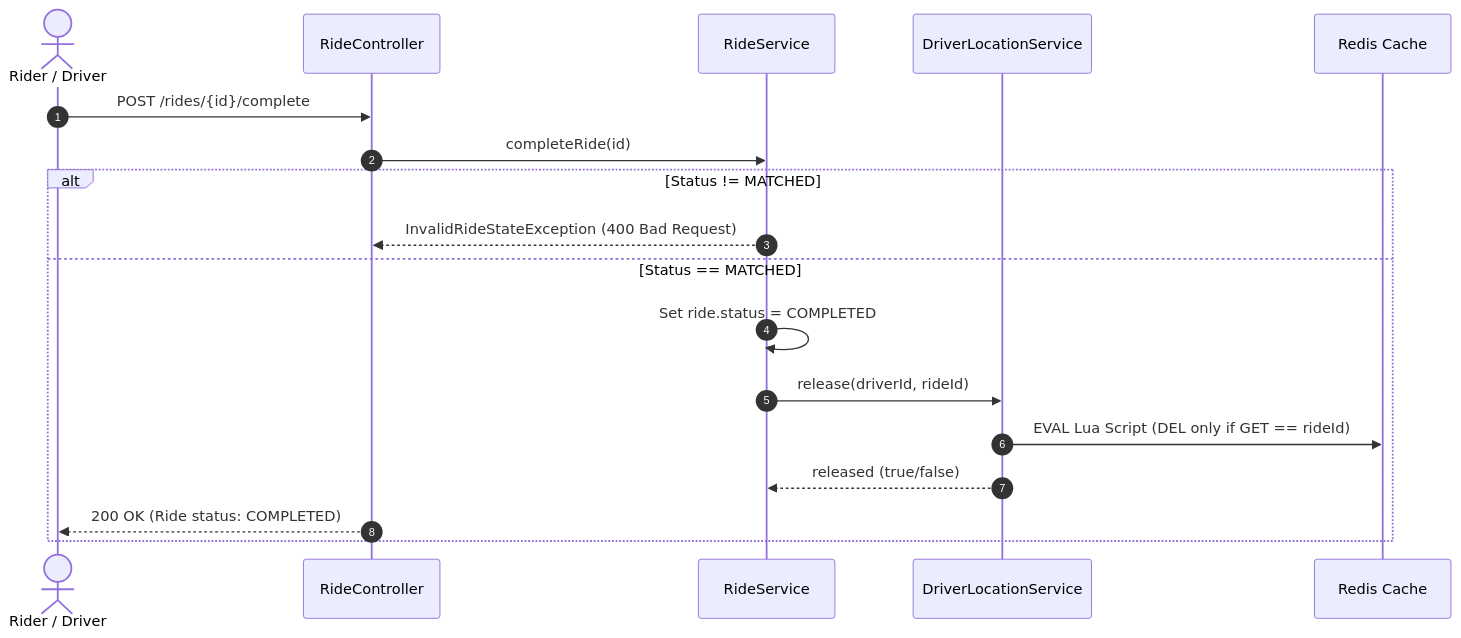
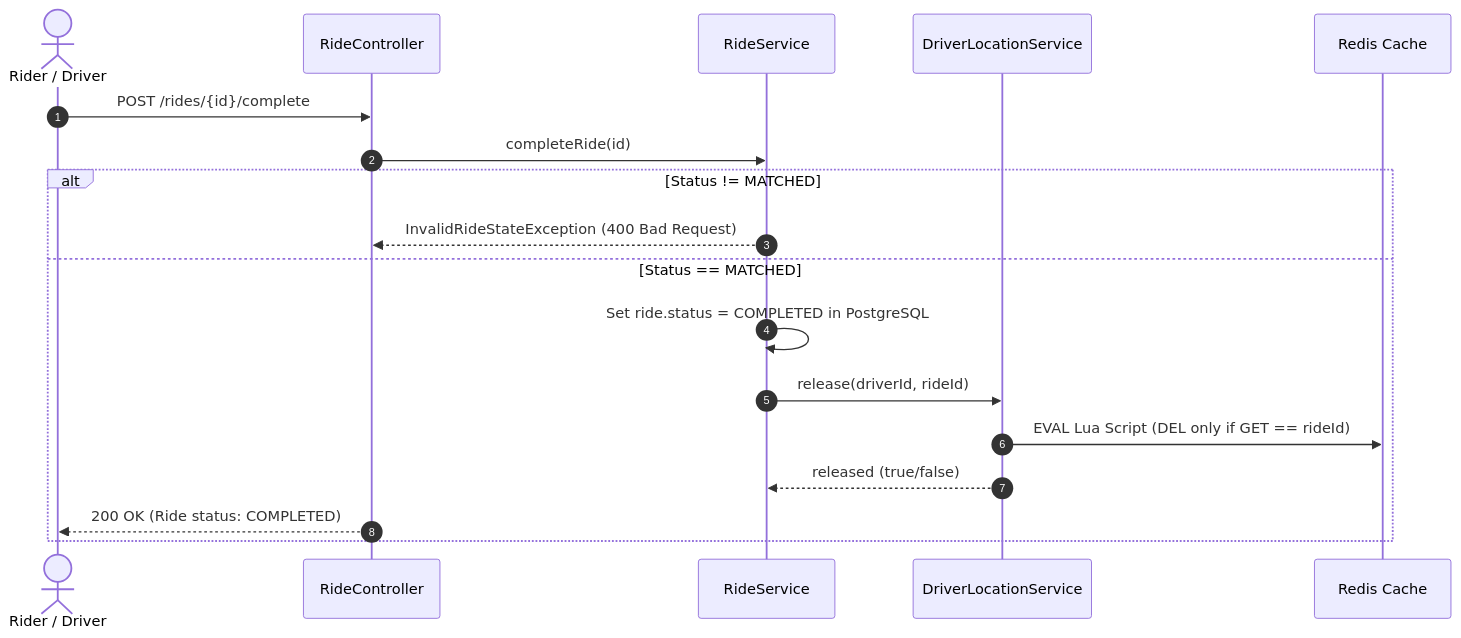
The fourth of 9 diagrams in README.md (akashsingh-hash/voyage), drawn with Mermaid before and after one commit. The commit also changed other lines of this file, not shown here.

````diff
--- a/README.md
+++ b/README.md
@@ -124,21 +227,21 @@
 ```mermaid
 sequenceDiagram
     autonumber
     actor Rider as Rider / Driver
     participant RideCtrl as RideController
     participant RideSvc as RideService
     participant LocSvc as DriverLocationService
     participant Redis as Redis Cache
 
     Rider->>RideCtrl: POST /rides/{id}/complete
     RideCtrl->>RideSvc: completeRide(id)
     alt Status != MATCHED
         RideSvc-->>RideCtrl: InvalidRideStateException (400 Bad Request)
     else Status == MATCHED
-        RideSvc->>RideSvc: Set ride.status = COMPLETED
+        RideSvc->>RideSvc: Set ride.status = COMPLETED in PostgreSQL
         RideSvc->>LocSvc: release(driverId, rideId)
         LocSvc->>Redis: EVAL Lua Script (DEL only if GET == rideId)
         LocSvc-->>RideSvc: released (true/false)
         RideCtrl-->>Rider: 200 OK (Ride status: COMPLETED)
     end
 ```
````
